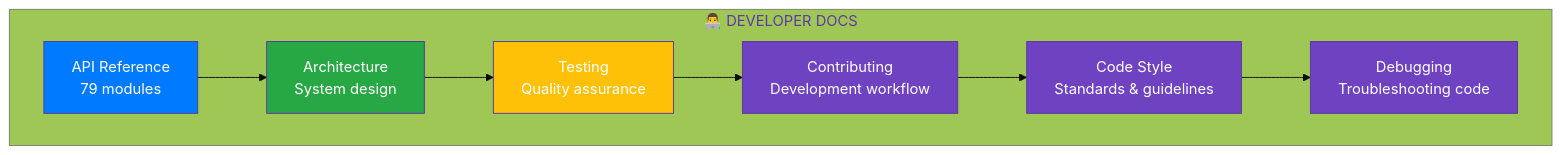
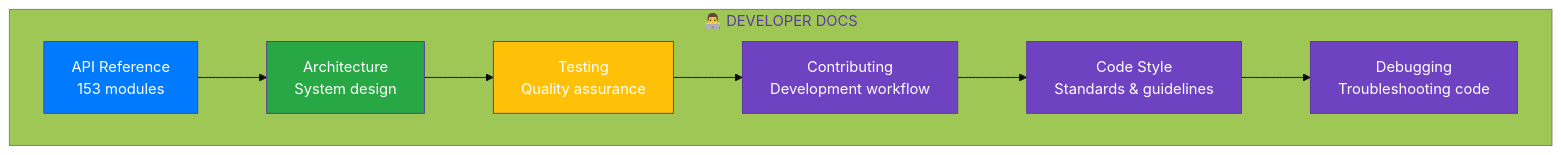
Before and after one commit to arkalia-luna-system/ia-pipeline: the sixth of 15 diagrams in docs/NAVIGATION_GLOBALE.md, drawn with Mermaid. The commit also changed 29 other files, not shown here.

````diff
--- a/docs/NAVIGATION_GLOBALE.md
+++ b/docs/NAVIGATION_GLOBALE.md
@@ -218,22 +218,22 @@
 ```mermaid
 %%{init: {'theme':'base', 'themeVariables': { 'primaryColor': '#6f42c1', 'primaryTextColor': '#fff', 'primaryBorderColor': '#5a32a3'}}}%%
 graph TB
     subgraph "👨‍💻 DEVELOPER DOCS"
-        API[API Reference<br/>79 modules]
+        API[API Reference<br/>153 modules]
         ARCH[Architecture<br/>System design]
         TEST[Testing<br/>Quality assurance]
         CONTRIB[Contributing<br/>Development workflow]
         STYLE[Code Style<br/>Standards & guidelines]
         DEBUG[Debugging<br/>Troubleshooting code]
     end
     
     API --> ARCH
     ARCH --> TEST
     TEST --> CONTRIB
     CONTRIB --> STYLE
     STYLE --> DEBUG
     
     style API fill:#007bff
     style ARCH fill:#28a745
     style TEST fill:#ffc107
 ```
````
